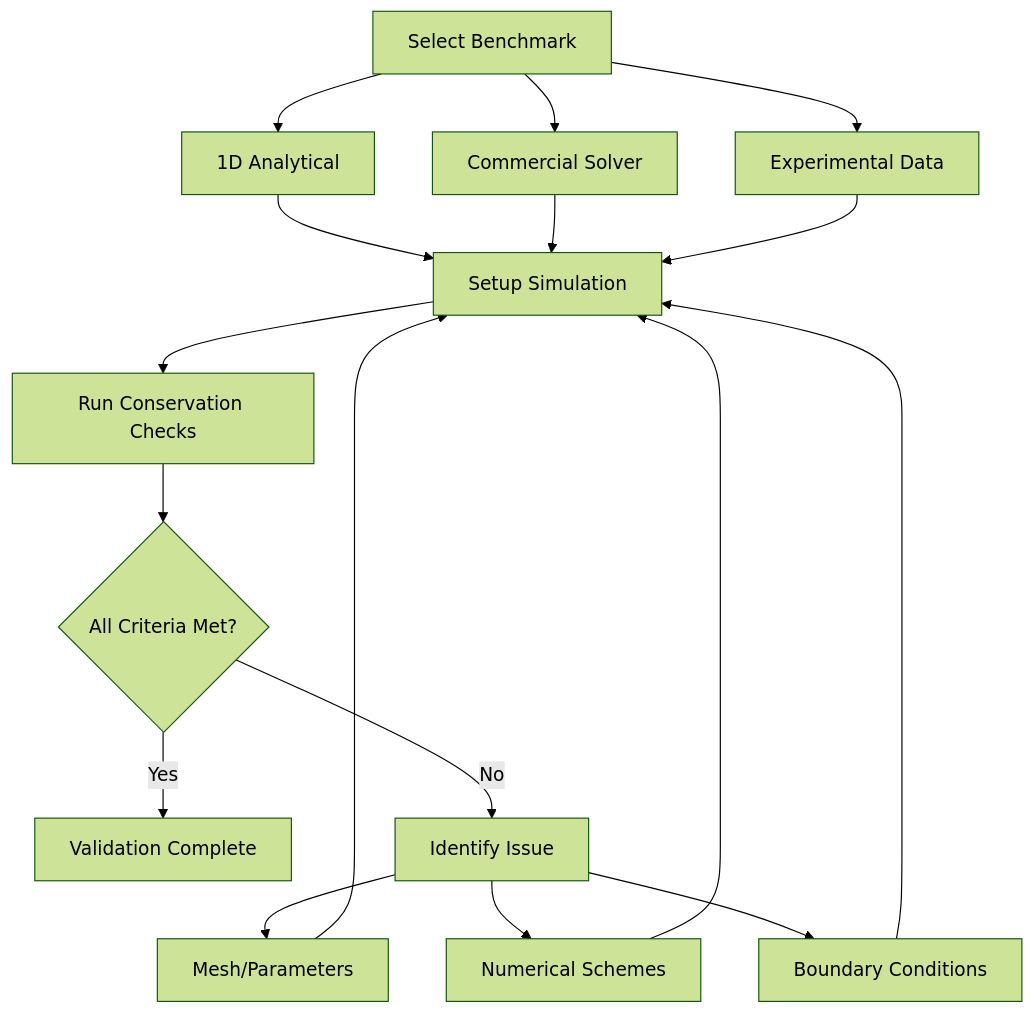
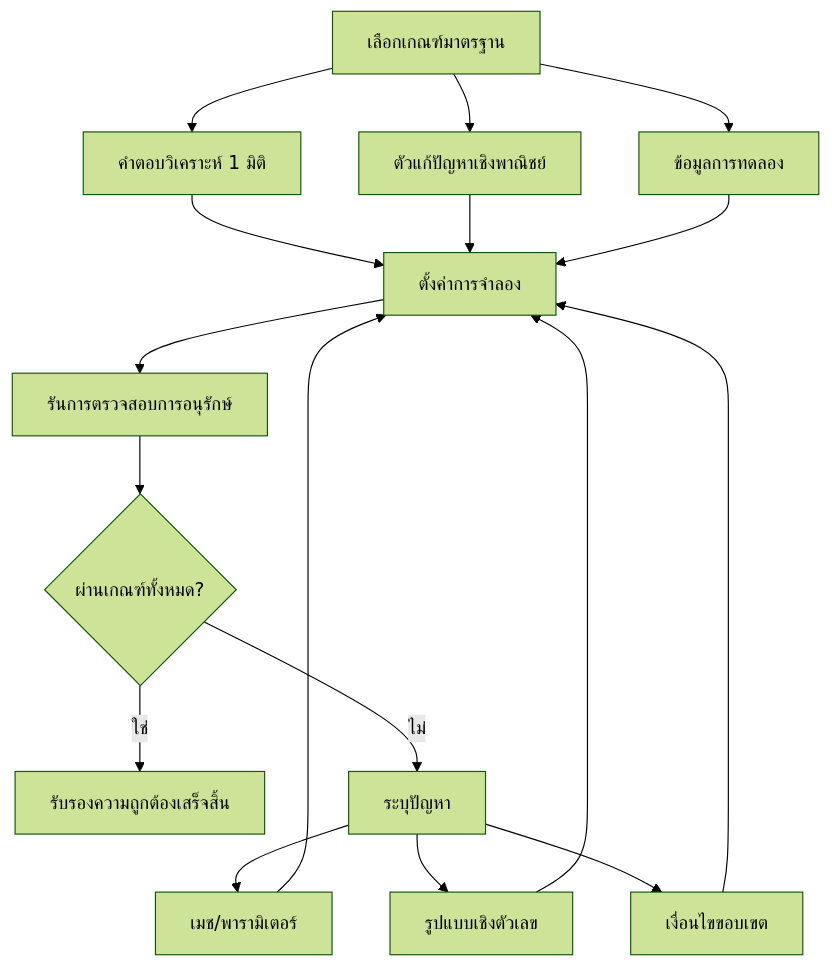
The sixth of 6 diagrams in MODULE_06_ADVANCED_PHYSICS/CONTENT/02_COUPLED_PHYSICS/05_Validation_and_Benchmarks.md (wramet/build-my-cfd), drawn with Mermaid (forest theme) before and after one commit. The commit also changed other lines of this file and 104 other files, not shown here.

Commit message:
all module complete content

````diff
--- a/MODULE_06_ADVANCED_PHYSICS/CONTENT/02_COUPLED_PHYSICS/05_Validation_and_Benchmarks.md
+++ b/MODULE_06_ADVANCED_PHYSICS/CONTENT/02_COUPLED_PHYSICS/05_Validation_and_Benchmarks.md
@@ -1000,19 +1000,19 @@
 ```mermaid
 flowchart TD
-    A[Select Benchmark] --> B[1D Analytical]
-    A --> C[Commercial Solver]
-    A --> D[Experimental Data]
-    B --> E[Setup Simulation]
+    A[เลือกเกณฑ์มาตรฐาน] --> B[คำตอบวิเคราะห์ 1 มิติ]
+    A --> C[ตัวแก้ปัญหาเชิงพาณิชย์]
+    A --> D[ข้อมูลการทดลอง]
+    B --> E[ตั้งค่าการจำลอง]
     C --> E
     D --> E
-    E --> F[Run Conservation Checks]
-    F --> G{All Criteria Met?}
-    G -->|Yes| H[Validation Complete]
-    G -->|No| I[Identify Issue]
-    I --> J[Mesh/Parameters]
-    I --> K[Numerical Schemes]
-    I --> L[Boundary Conditions]
+    E --> F[รันการตรวจสอบการอนุรักษ์]
+    F --> G{ผ่านเกณฑ์ทั้งหมด?}
+    G -->|ใช่| H[รับรองความถูกต้องเสร็จสิ้น]
+    G -->|ไม่| I[ระบุปัญหา]
+    I --> J[เมช/พารามิเตอร์]
+    I --> K[รูปแบบเชิงตัวเลข]
+    I --> L[เงื่อนไขขอบเขต]
     J --> E
     K --> E
     L --> E
 ```
````
